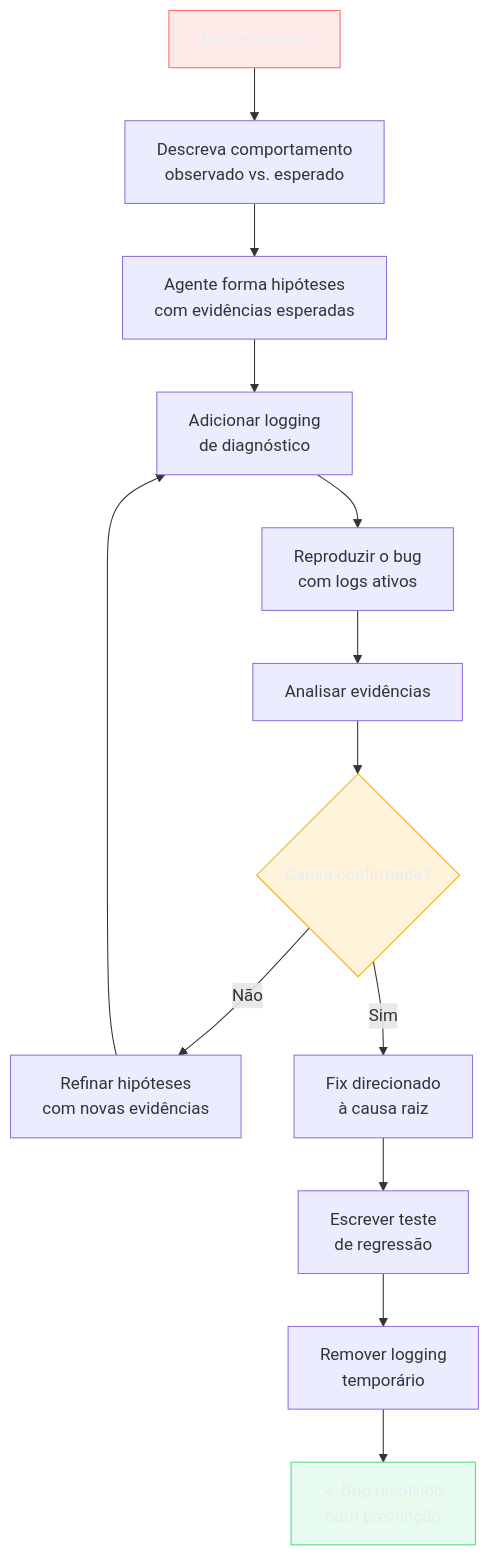
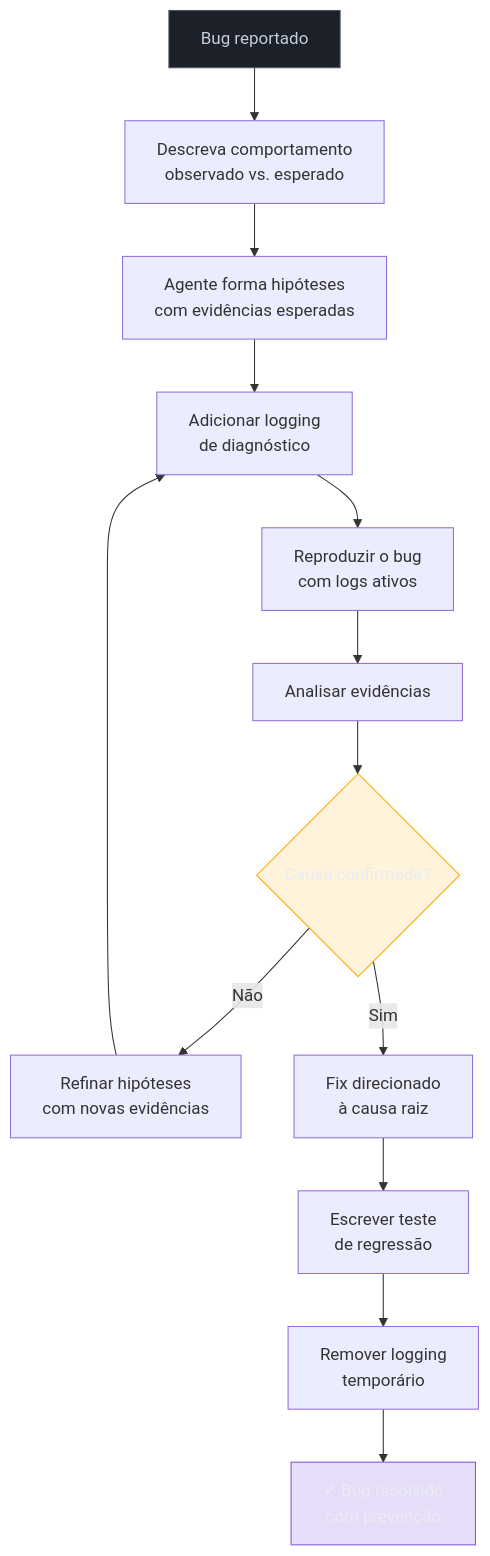
The diagram in 03-Dominios/Tecnologia/IA/Claude Code/Workflows/04 - Debugging complexo.md (josenaldo/codex-technomanticus), drawn with Mermaid before and after one commit. The commit also changed 601 other files, not shown here.

````diff
--- a/03-Dominios/Tecnologia/IA/Claude Code/Workflows/04 - Debugging complexo.md
+++ b/03-Dominios/Tecnologia/IA/Claude Code/Workflows/04 - Debugging complexo.md
@@ -49,22 +49,22 @@
 ```mermaid
 flowchart TD
-    classDef falha fill:#FF6B6B24,stroke:#FF6B6B,color:#E9ECF2
-    classDef ok fill:#4ADE8021,stroke:#4ADE80,color:#E9ECF2
+    classDef marca fill:#8855DF33,stroke:#8855DF,color:#E9ECF2
+    classDef neutro fill:#1B2029,stroke:#4E5666,color:#C6CCD8
     classDef destaque fill:#FFAA0024,stroke:#FFAA00,color:#E9ECF2
     A[Bug reportado] --> B[Descreva comportamento\nobservado vs. esperado]
     B --> C[Agente forma hipóteses\ncom evidências esperadas]
     C --> D[Adicionar logging\nde diagnóstico]
     D --> E[Reproduzir o bug\ncom logs ativos]
     E --> F[Analisar evidências]
     F --> G{Causa confirmada?}
     G -- Não --> H[Refinar hipóteses\ncom novas evidências]
     H --> D
     G -- Sim --> I[Fix direcionado\nà causa raiz]
     I --> J[Escrever teste\nde regressão]
     J --> K[Remover logging\ntemporário]
     K --> L[✓ Bug resolvido\ncom prevenção]
 
-    class A falha
-    class L ok
+    class A neutro
+    class L marca
     class G destaque
 ```
````
